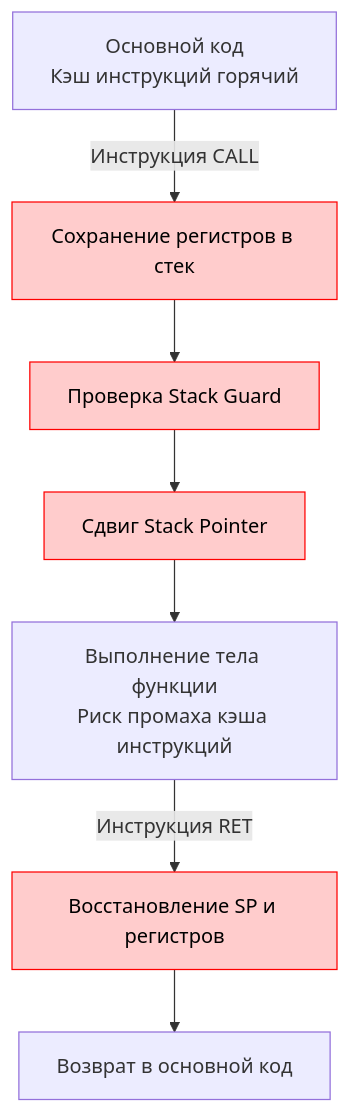
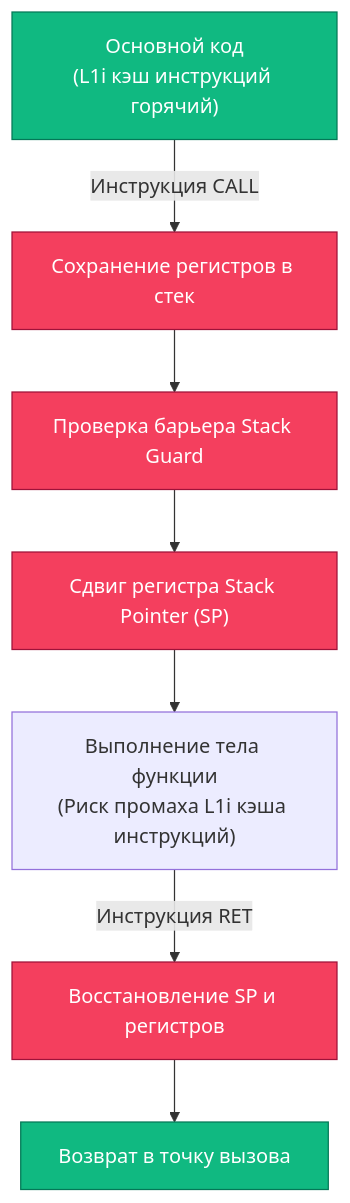
Before and after one commit to UnrealTemplier/go-textbook: the diagram in sources/16. Профилирование, отладка и производительность/09. Практические оптимизации/8. Inline оптимизации.md, drawn with Mermaid. The commit also changed other lines of this file, not shown here.

````diff
--- a/sources/16. Профилирование, отладка и производительность/09. Практические оптимизации/8. Inline оптимизации.md
+++ b/sources/16. Профилирование, отладка и производительность/09. Практические оптимизации/8. Inline оптимизации.md
@@ -18,14 +21,16 @@
 ```mermaid
 flowchart TD
-    A["Основной код<br>Кэш инструкций горячий"] -->|"Инструкция CALL"| B["Сохранение регистров в стек"]
-    B --> C["Проверка Stack Guard"]
-    C --> D["Сдвиг Stack Pointer"]
-    D --> E["Выполнение тела функции<br>Риск промаха кэша инструкций"]
+    A["Основной код<br/>(L1i кэш инструкций горячий)"] -->|"Инструкция CALL"| B["Сохранение регистров в стек"]
+    B --> C["Проверка барьера Stack Guard"]
+    C --> D["Сдвиг регистра Stack Pointer (SP)"]
+    D --> E["Выполнение тела функции<br/>(Риск промаха L1i кэша инструкций)"]
     E -->|"Инструкция RET"| F["Восстановление SP и регистров"]
-    F --> G["Возврат в основной код"]
+    F --> G["Возврат в точку вызова"]
     
-    style B fill:#ffcccc,stroke:#ff0000,stroke-width:1px,color:#000
-    style C fill:#ffcccc,stroke:#ff0000,stroke-width:1px,color:#000
-    style D fill:#ffcccc,stroke:#ff0000,stroke-width:1px,color:#000
-    style F fill:#ffcccc,stroke:#ff0000,stroke-width:1px,color:#000
+    style B fill:#f43f5e,stroke:#9f1239,stroke-width:1px,color:#fff
+    style C fill:#f43f5e,stroke:#9f1239,stroke-width:1px,color:#fff
+    style D fill:#f43f5e,stroke:#9f1239,stroke-width:1px,color:#fff
+    style F fill:#f43f5e,stroke:#9f1239,stroke-width:1px,color:#fff
+    style A fill:#10b981,stroke:#047857,stroke-width:1px,color:#fff
+    style G fill:#10b981,stroke:#047857,stroke-width:1px,color:#fff
 ```
````
